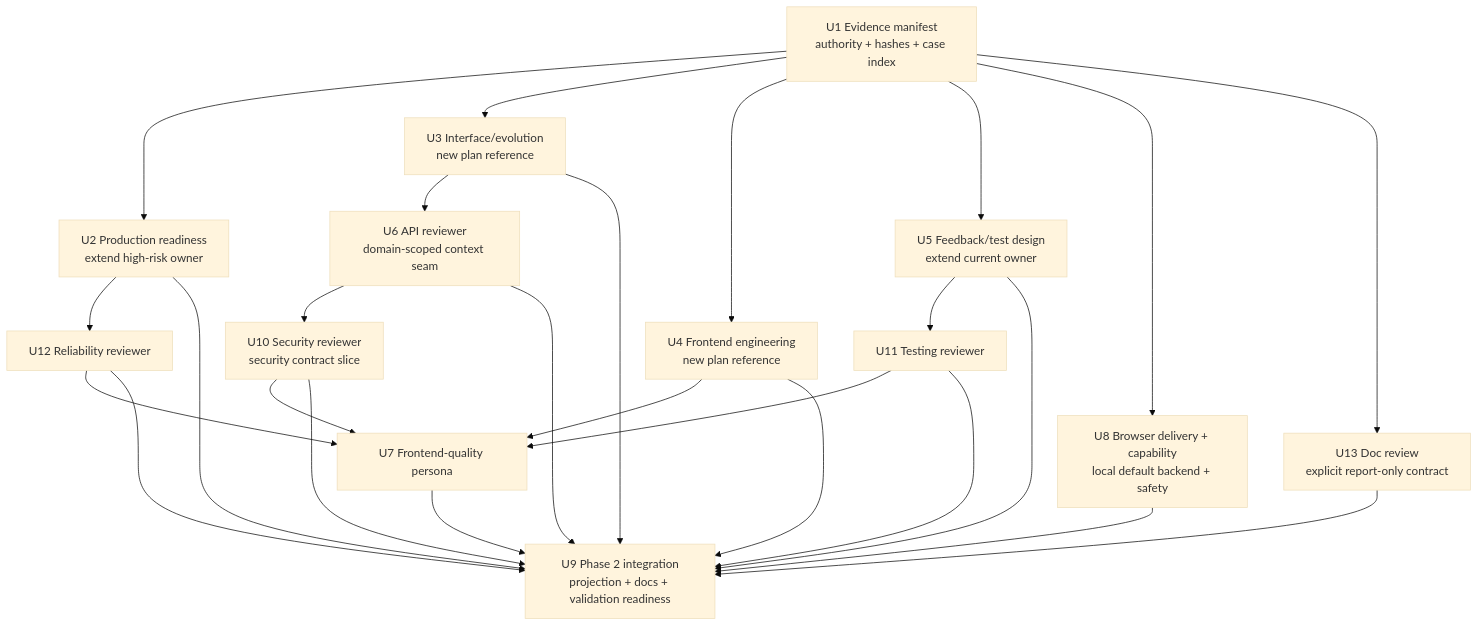
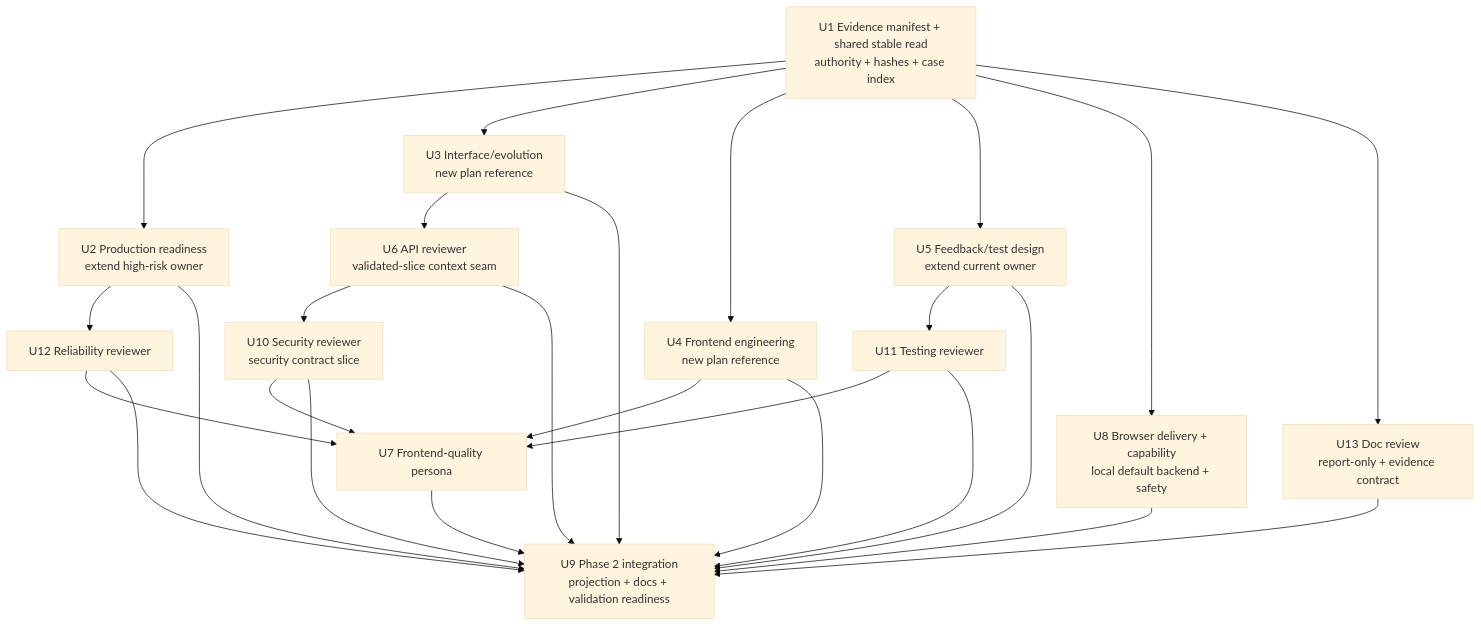
Before and after one commit to leo-kuang-ai/spec-first: the diagram in docs/plans/2026-07-16-002-refactor-agent-skills-capability-integration-plan.md, drawn with Mermaid (base theme). The commit also changed other lines of this file and 17 other files, not shown here.

First line of the commit message:
docs: graphify commit-time refresh closure + skill flow system audit

````diff
--- a/docs/plans/2026-07-16-002-refactor-agent-skills-capability-integration-plan.md
+++ b/docs/plans/2026-07-16-002-refactor-agent-skills-capability-integration-plan.md
@@ -232,28 +253,28 @@
 ```mermaid
 flowchart TB
-  A[U1 Evidence manifest<br/>authority + hashes + case index] --> B[U2 Production readiness<br/>extend high-risk owner]
+  A[U1 Evidence manifest + shared stable read<br/>authority + hashes + case index] --> B[U2 Production readiness<br/>extend high-risk owner]
   A --> C[U3 Interface/evolution<br/>new plan reference]
   A --> D[U4 Frontend engineering<br/>new plan reference]
   A --> E[U5 Feedback/test design<br/>extend current owner]
-  C --> F1[U6 API reviewer<br/>domain-scoped context seam]
+  C --> F1[U6 API reviewer<br/>validated-slice context seam]
   F1 --> F2[U10 Security reviewer<br/>security contract slice]
   E --> F3[U11 Testing reviewer]
   B --> F4[U12 Reliability reviewer]
   D --> G[U7 Frontend-quality persona]
   F2 --> G
   F3 --> G
   F4 --> G
   A --> H[U8 Browser delivery + capability<br/>local default backend + safety]
-  A --> J[U13 Doc review<br/>explicit report-only contract]
+  A --> J[U13 Doc review<br/>report-only + evidence contract]
   B --> I[U9 Phase 2 integration<br/>projection + docs + validation readiness]
   C --> I
   D --> I
   E --> I
   F1 --> I
   F2 --> I
   F3 --> I
   F4 --> I
   G --> I
   H --> I
   J --> I
 ```
````
